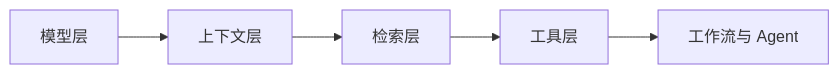
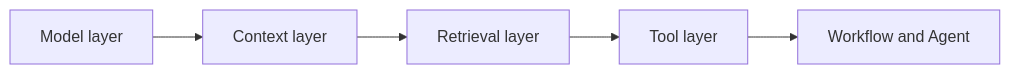
One commit to oudbiao/AI-fullstack-course changed the first of 4 diagrams in docs/intro/modern-ai-stack.md. Above: the diagram before and after it, drawn with Mermaid. The commit also changed other lines of this file and 1406 other files, not shown here.

````diff
--- a/docs/intro/modern-ai-stack.md
+++ b/docs/intro/modern-ai-stack.md
@@ -34,7 +34,7 @@
 ```mermaid
 flowchart LR
-  A[模型层] --> B[上下文层]
-  B --> C[检索层]
-  C --> D[工具层]
-  D --> E[工作流与 Agent]
+  A[Model layer] --> B[Context layer]
+  B --> C[Retrieval layer]
+  C --> D[Tool layer]
+  D --> E[Workflow and Agent]
 ```
````
